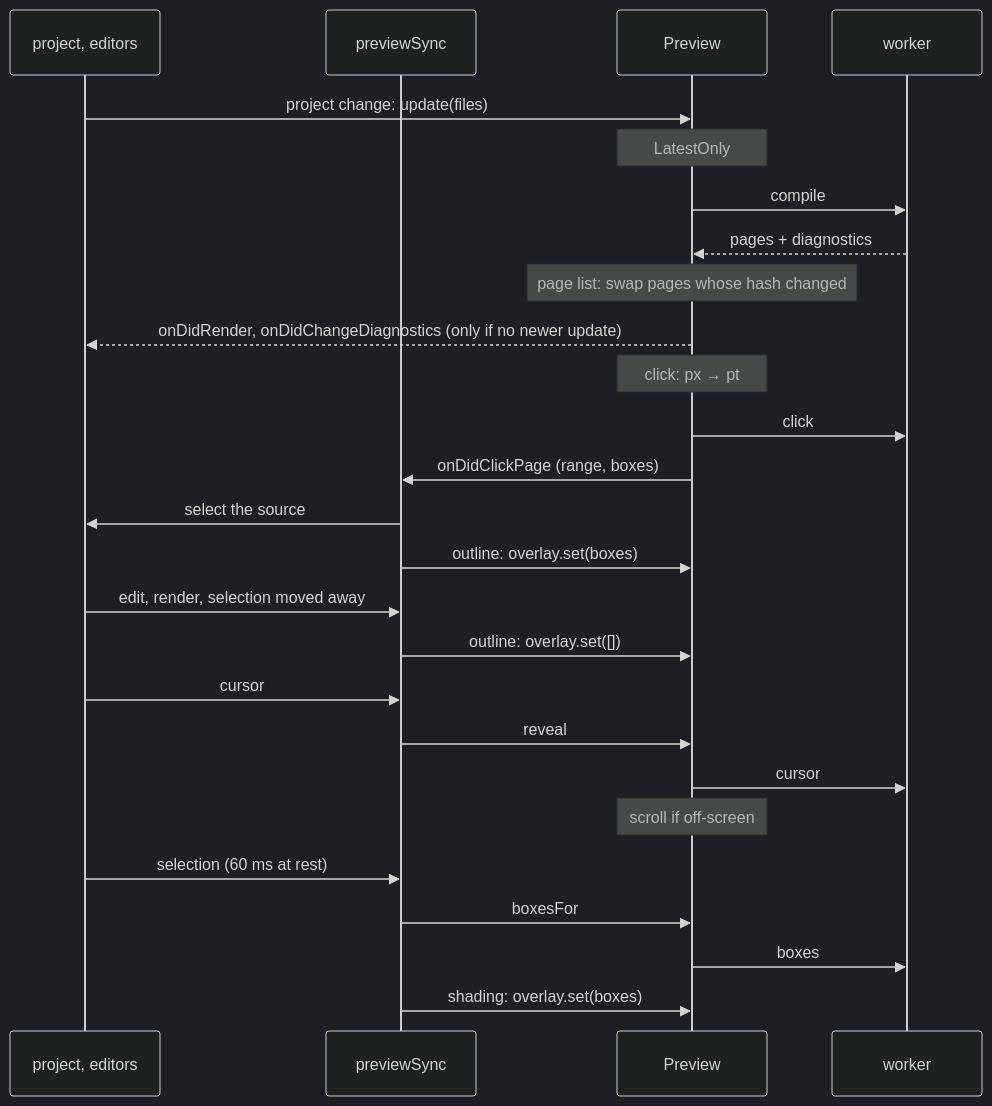
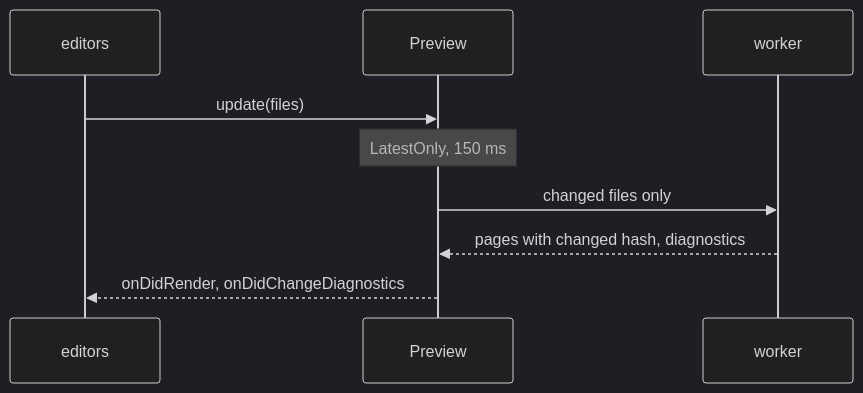
The diagram in docs/diagrams/preview-flow.mmd (sandstorm/zwiebelfisch), drawn with Mermaid (dark theme) before and after one commit. The commit also changed 42 other files, not shown here.

```diff
--- a/docs/diagrams/preview-flow.mmd
+++ b/docs/diagrams/preview-flow.mmd
@@ -1,26 +1,9 @@
 sequenceDiagram
-  participant E as project, editors
-  participant S as previewSync
+  participant E as editors
   participant P as Preview
   participant W as worker
-  E->>P: project change: update(files)
-  Note over P: LatestOnly
-  P->>W: compile
-  W-->>P: pages + diagnostics
-  Note over P: page list: swap pages whose hash changed
-  P-->>E: onDidRender, onDidChangeDiagnostics (only if no newer update)
-  Note over P: click: px → pt
-  P->>W: click
-  P->>S: onDidClickPage (range, boxes)
-  S->>E: select the source
-  S->>P: outline: overlay.set(boxes)
-  E->>S: edit, render, selection moved away
-  S->>P: outline: overlay.set([])
-  E->>S: cursor
-  S->>P: reveal
-  P->>W: cursor
-  Note over P: scroll if off-screen
-  E->>S: selection (60 ms at rest)
-  S->>P: boxesFor
-  P->>W: boxes
-  S->>P: shading: overlay.set(boxes)
+  E->>P: update(files)
+  Note over P: LatestOnly, 150 ms
+  P->>W: changed files only
+  W-->>P: pages with changed hash, diagnostics
+  P-->>E: onDidRender, onDidChangeDiagnostics
```
